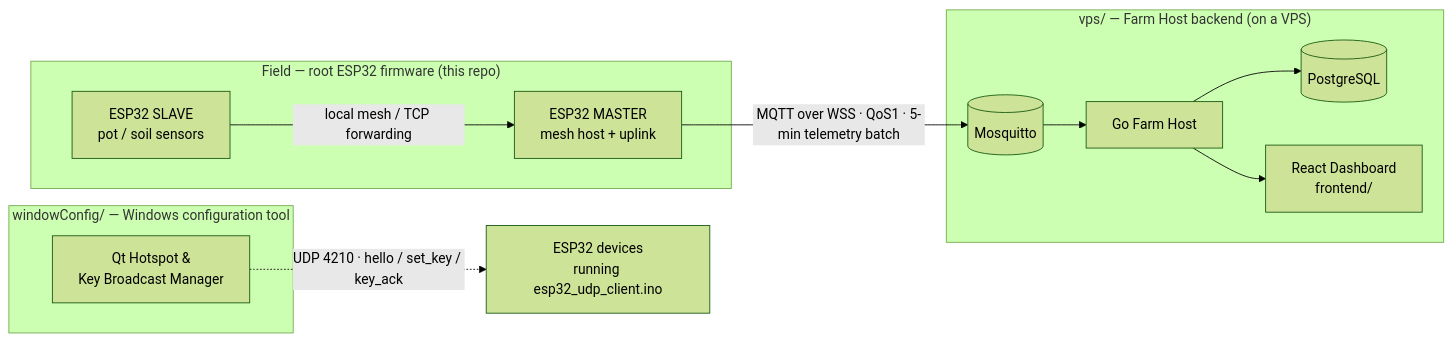
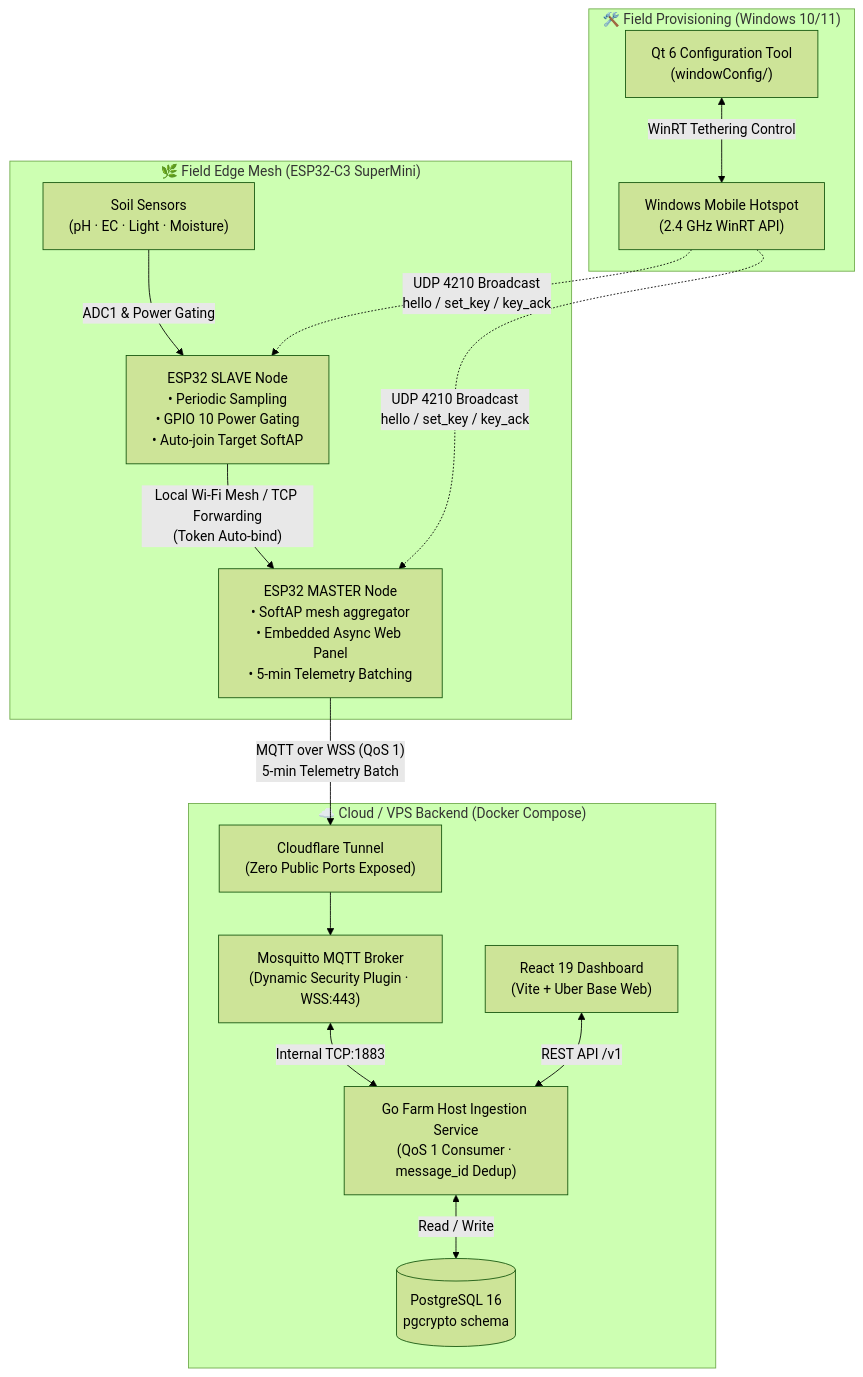
The first of 2 diagrams in README.md (LuYishan-4/ESP32-link), drawn with Mermaid (forest theme) before and after one commit. The commit also changed other lines of this file, not shown here.

````diff
--- a/README.md
+++ b/README.md
@@ -15,18 +48,33 @@
 ```mermaid
-flowchart LR
-    subgraph Field["Field — root ESP32 firmware (this repo)"]
-        Slave["ESP32 SLAVE<br/>pot / soil sensors"]
-        Master["ESP32 MASTER<br/>mesh host + uplink"]
+flowchart TB
+    subgraph Provisioning[" 🛠️ Field Provisioning (Windows 10/11) "]
+        Qt["Qt 6 Configuration Tool<br/>(windowConfig/)"]
+        Hotspot["Windows Mobile Hotspot<br/>(2.4 GHz WinRT API)"]
+        Qt <-->|"WinRT Tethering Control"| Hotspot
     end
-    Slave -->|"local mesh / TCP forwarding"| Master
-    Master -->|"MQTT over WSS · QoS1 · 5-min telemetry batch"| Broker[(Mosquitto)]
-    subgraph VPS["vps/ — Farm Host backend (on a VPS)"]
-        Broker --> Host["Go Farm Host"]
-        Host --> DB[(PostgreSQL)]
-        Host --> Dash["React Dashboard<br/>frontend/"]
+
+    subgraph Field[" 🌿 Field Edge Mesh (ESP32-C3 SuperMini) "]
+        Sensors["Soil Sensors<br/>(pH · EC · Light · Moisture)"]
+        Slave["ESP32 SLAVE Node<br/>• Periodic Sampling<br/>• GPIO 10 Power Gating<br/>• Auto-join Target SoftAP"]
+        Master["ESP32 MASTER Node<br/>• SoftAP mesh aggregator<br/>• Embedded Async Web Panel<br/>• 5-min Telemetry Batching"]
+
+        Sensors -->|"ADC1 & Power Gating"| Slave
+        Hotspot -.->|"UDP 4210 Broadcast<br/>hello / set_key / key_ack"| Slave
+        Hotspot -.->|"UDP 4210 Broadcast<br/>hello / set_key / key_ack"| Master
+        Slave -->|"Local Wi-Fi Mesh / TCP Forwarding<br/>(Token Auto-bind)"| Master
     end
-    subgraph Win["windowConfig/ — Windows configuration tool"]
-        Qt["Qt Hotspot &<br/>Key Broadcast Manager"]
+
+    subgraph Cloud[" ☁️ Cloud / VPS Backend (Docker Compose) "]
+        CF["Cloudflare Tunnel<br/>(Zero Public Ports Exposed)"]
+        Mosquitto["Mosquitto MQTT Broker<br/>(Dynamic Security Plugin · WSS:443)"]
+        Host["Go Farm Host Ingestion Service<br/>(QoS 1 Consumer · message_id Dedup)"]
+        DB[(PostgreSQL 16<br/>pgcrypto schema)]
+        Dash["React 19 Dashboard<br/>(Vite + Uber Base Web)"]
+
+        Master -->|"MQTT over WSS (QoS 1)<br/>5-min Telemetry Batch"| CF
+        CF --> Mosquitto
+        Mosquitto <-->|"Internal TCP:1883"| Host
+        Host <-->|"Read / Write"| DB
+        Dash <-->|"REST API /v1"| Host
     end
-    Qt -.->|"UDP 4210 · hello / set_key / key_ack"| Dev["ESP32 devices<br/>running esp32_udp_client.ino"]
 ```
````
